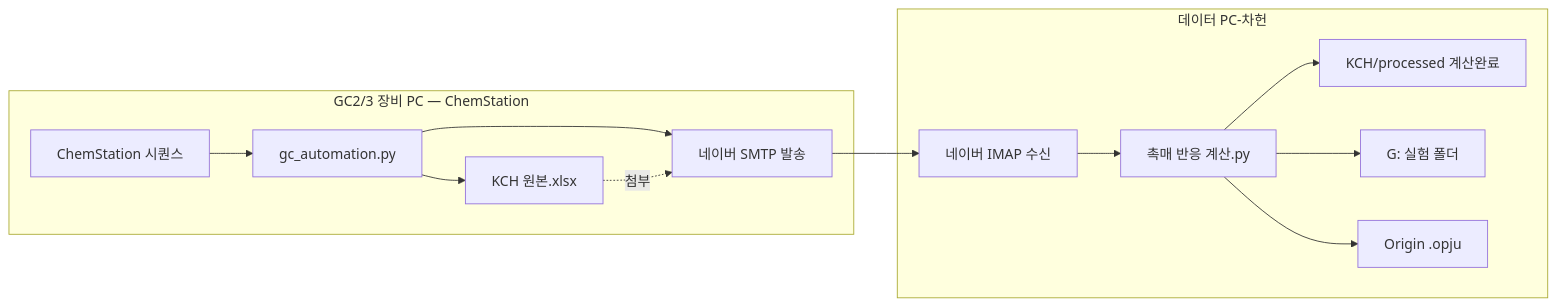
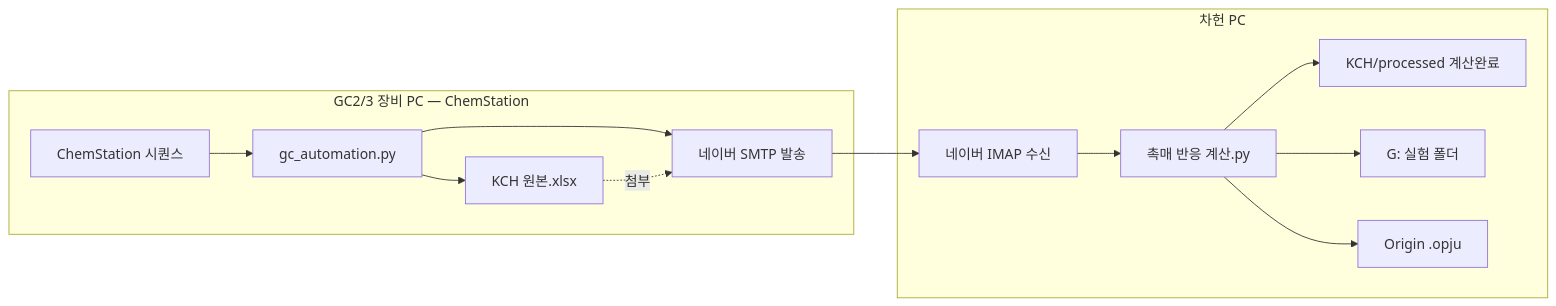
The diagram in docs/00_인수인계_설명.md (gjtuc/GC-auto), drawn with Mermaid before and after one commit. The commit also changed other lines of this file and 5 other files, not shown here.

````diff
--- a/docs/00_인수인계_설명.md
+++ b/docs/00_인수인계_설명.md
@@ -58,25 +58,25 @@
 ```mermaid
 flowchart LR
   subgraph gc2pc [GC2/3 장비 PC — ChemStation]
     CS[ChemStation 시퀀스]
     GA[gc_automation.py]
     CS --> GA
     GA --> KCH1[KCH 원본.xlsx]
     GA --> SMTP[네이버 SMTP 발송]
   end
 
-  subgraph datapc [데이터 PC-차헌]
+  subgraph datapc [차헌 PC]
     IMAP[네이버 IMAP 수신]
     CALC[촉매 반응 계산.py]
     PROC[KCH/processed 계산완료]
     G[G: 실험 폴더]
     ORI[Origin .opju]
     IMAP --> CALC
     CALC --> PROC
     CALC --> G
     CALC --> ORI
   end
 
   SMTP --> IMAP
   KCH1 -.첨부.-> SMTP
 ```
````
